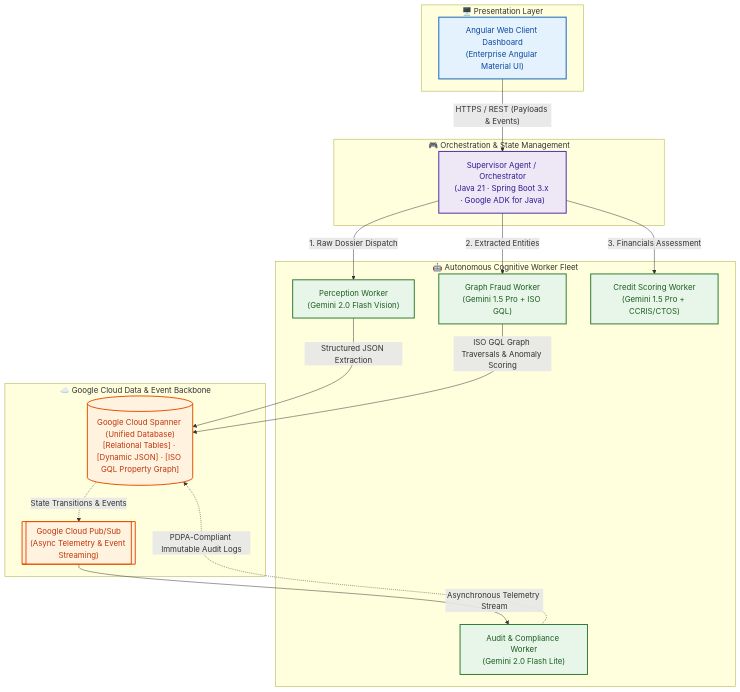
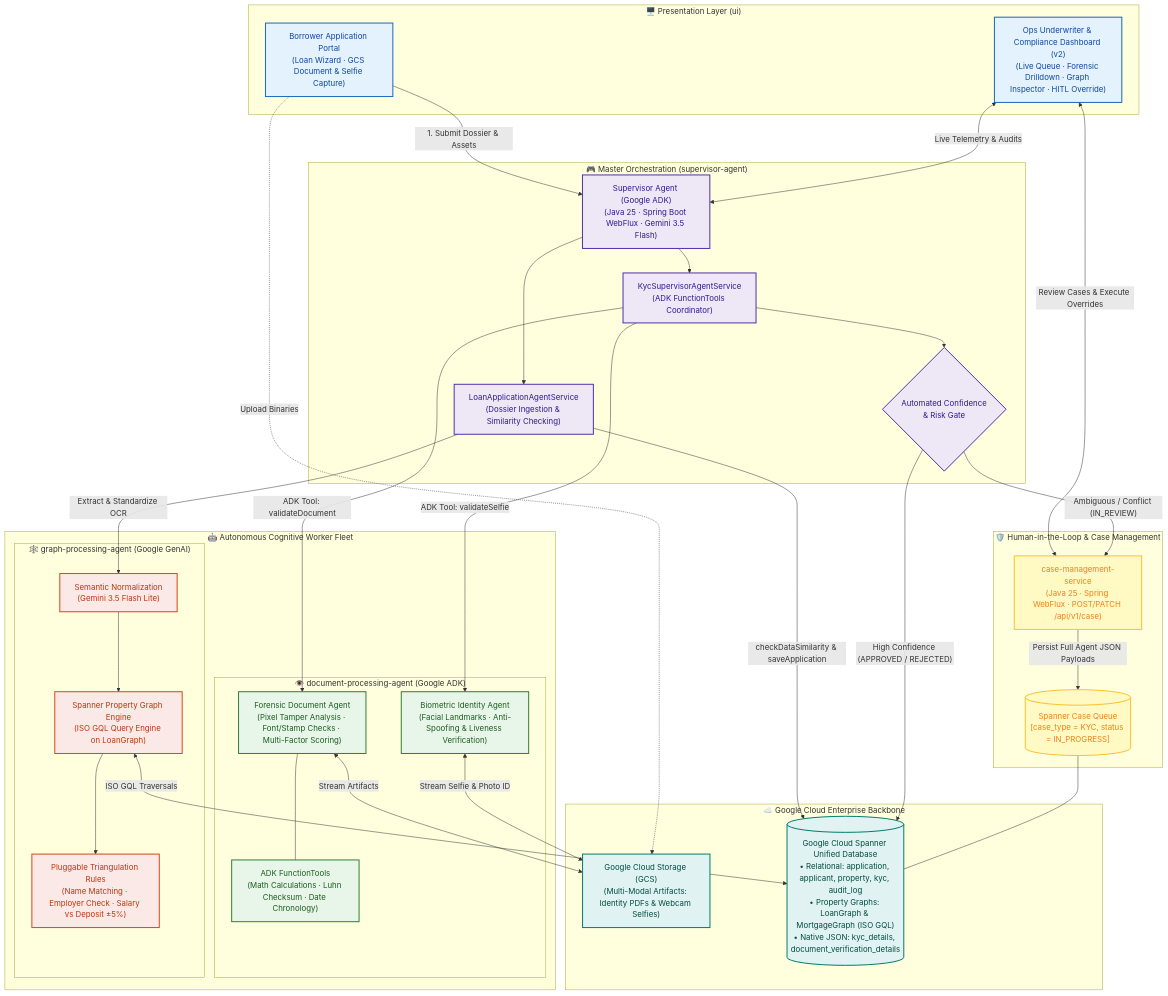
The first of 3 diagrams in profile/README.md (mltf-reborn/.github), drawn with Mermaid before and after one commit. The commit also changed other lines of this file, not shown here.

Commit message:
docs: update architecture overview, agent tech stack, and diagrams to reflect Java 25, WebFlux, and the updated multi-agent topology.

````diff
--- a/profile/README.md
+++ b/profile/README.md
@@ -75,44 +75,80 @@
 ```mermaid
 flowchart TD
-    subgraph ClientLayer["🖥️ Presentation Layer"]
-        UI["Angular Web Client Dashboard<br/>(Enterprise Angular Material UI)"]
+    subgraph ClientLayer["🖥️ Presentation Layer (ui)"]
+        BorrowerUI["Borrower Application Portal<br/>(Loan Wizard · GCS Document & Selfie Capture)"]
+        AdminUI["Ops Underwriter & Compliance Dashboard (v2)<br/>(Live Queue · Forensic Drilldown · Graph Inspector · HITL Override)"]
     end
 
-    subgraph OrchestrationLayer["🎮 Orchestration & State Management"]
-        Supervisor["Supervisor Agent / Orchestrator<br/>(Java 21 · Spring Boot 3.x · Google ADK for Java)"]
+    subgraph OrchestrationLayer["🎮 Master Orchestration (supervisor-agent)"]
+        Supervisor["Supervisor Agent (Google ADK)<br/>(Java 25 · Spring Boot WebFlux · Gemini 3.5 Flash)"]
+        LoanAppService["LoanApplicationAgentService<br/>(Dossier Ingestion & Similarity Checking)"]
+        KycSupervisor["KycSupervisorAgentService<br/>(ADK FunctionTools Coordinator)"]
+        DecisionEngine{"Automated Confidence<br/>& Risk Gate"}
     end
 
     subgraph WorkerFleet["🤖 Autonomous Cognitive Worker Fleet"]
-        Perception["Perception Worker<br/>(Gemini 2.0 Flash Vision)"]
-        GraphAgent["Graph Fraud Worker<br/>(Gemini 1.5 Pro + ISO GQL)"]
-        CreditAgent["Credit Scoring Worker<br/>(Gemini 1.5 Pro + CCRIS/CTOS)"]
-        AuditAgent["Audit & Compliance Worker<br/>(Gemini 2.0 Flash Lite)"]
+        subgraph DocWorker["👁️ document-processing-agent (Google ADK)"]
+            DocProc["Forensic Document Agent<br/>(Pixel Tamper Analysis · Font/Stamp Checks · Multi-Factor Scoring)"]
+            SelfieProc["Biometric Identity Agent<br/>(Facial Landmarks · Anti-Spoofing & Liveness Verification)"]
+            DocTools["ADK FunctionTools<br/>(Math Calculations · Luhn Checksum · Date Chronology)"]
+        end
+
+        subgraph GraphWorker["🕸️ graph-processing-agent (Google GenAI)"]
+            LLMNormalizer["Semantic Normalization<br/>(Gemini 3.5 Flash Lite)"]
+            SpannerGraph["Spanner Property Graph Engine<br/>(ISO GQL Query Engine on LoanGraph)"]
+            TriangulationRules["Pluggable Triangulation Rules<br/>(Name Matching · Employer Check · Salary vs Deposit ±5%)"]
+        end
     end
 
-    subgraph PersistenceLayer["☁️ Google Cloud Data & Event Backbone"]
-        Spanner[("Google Cloud Spanner (Unified Database)<br/>[Relational Tables] · [Dynamic JSON] · [ISO GQL Property Graph]")]
-        PubSub[["Google Cloud Pub/Sub<br/>(Async Telemetry & Event Streaming)"]]
+    subgraph HITLLayer["🛡️ Human-in-the-Loop & Case Management"]
+        CaseMgmt["case-management-service<br/>(Java 25 · Spring WebFlux · POST/PATCH /api/v1/case)"]
+        HITLQueue[("Spanner Case Queue<br/>[case_type = KYC, status = IN_PROGRESS]")]
     end
 
-    UI -->|"HTTPS / REST (Payloads & Events)"| Supervisor
-    Supervisor -->|"1. Raw Dossier Dispatch"| Perception
-    Supervisor -->|"2. Extracted Entities"| GraphAgent
-    Supervisor -->|"3. Financials Assessment"| CreditAgent
+    subgraph PersistenceLayer["☁️ Google Cloud Enterprise Backbone"]
+        GCS["Google Cloud Storage (GCS)<br/>(Multi-Modal Artifacts: Identity PDFs & Webcam Selfies)"]
+        SpannerDB[("Google Cloud Spanner Unified Database<br/>• Relational: application, applicant, property, kyc, audit_log<br/>• Property Graphs: LoanGraph & MortgageGraph (ISO GQL)<br/>• Native JSON: kyc_details, document_verification_details")]
+    end
 
-    Perception -->|"Structured JSON Extraction"| Spanner
-    GraphAgent -->|"ISO GQL Graph Traversals & Anomaly Scoring"| Spanner
+    BorrowerUI -->|"1. Submit Dossier & Assets"| Supervisor
+    BorrowerUI -.->|"Upload Binaries"| GCS
+    AdminUI <-->|"Review Cases & Execute Overrides"| CaseMgmt
+    AdminUI <-->|"Live Telemetry & Audits"| Supervisor
 
-    Spanner -.->|"State Transitions & Events"| PubSub
-    PubSub -->|"Asynchronous Telemetry Stream"| AuditAgent
-    AuditAgent -.->|"PDPA-Compliant Immutable Audit Logs"| Spanner
+    Supervisor --> LoanAppService
+    Supervisor --> KycSupervisor
+
+    KycSupervisor -->|"ADK Tool: validateDocument"| DocProc
+    KycSupervisor -->|"ADK Tool: validateSelfie"| SelfieProc
+    DocProc --- DocTools
+    DocProc <-->|"Stream Artifacts"| GCS
+    SelfieProc <-->|"Stream Selfie & Photo ID"| GCS
+
+    LoanAppService -->|"Extract & Standardize OCR"| LLMNormalizer
+    LLMNormalizer --> SpannerGraph
+    SpannerGraph --> TriangulationRules
+    SpannerGraph <-->|"ISO GQL Traversals"| SpannerDB
+
+    LoanAppService -->|"checkDataSimilarity & saveApplication"| SpannerDB
+    KycSupervisor --> DecisionEngine
+
+    DecisionEngine -->|"High Confidence (APPROVED / REJECTED)"| SpannerDB
+    DecisionEngine -->|"Ambiguous / Conflict (IN_REVIEW)"| CaseMgmt
+
+    CaseMgmt -->|"Persist Full Agent JSON Payloads"| HITLQueue
+    HITLQueue --- SpannerDB
 
     classDef uiClass fill:#E3F2FD,stroke:#1565C0,stroke-width:2px,color:#0D47A1;
     classDef orchClass fill:#EDE7F6,stroke:#512DA8,stroke-width:2px,color:#311B92;
-    classDef workerClass fill:#E8F5E9,stroke:#2E7D32,stroke-width:2px,color:#1B5E20;
-    classDef gcpClass fill:#FFF3E0,stroke:#E65100,stroke-width:2px,color:#BF360C;
+    classDef docClass fill:#E8F5E9,stroke:#2E7D32,stroke-width:2px,color:#1B5E20;
+    classDef graphClass fill:#FBE9E7,stroke:#D84315,stroke-width:2px,color:#BF360C;
+    classDef hitlClass fill:#FFF9C4,stroke:#FBC02D,stroke-width:2px,color:#F57F17;
+    classDef gcpClass fill:#E0F2F1,stroke:#00796B,stroke-width:2px,color:#004D40;
 
-    class UI uiClass;
-    class Supervisor orchClass;
-    class Perception,GraphAgent,CreditAgent,AuditAgent workerClass;
-    class Spanner,PubSub gcpClass;
+    class BorrowerUI,AdminUI uiClass;
+    class Supervisor,LoanAppService,KycSupervisor,DecisionEngine orchClass;
+    class DocProc,SelfieProc,DocTools docClass;
+    class LLMNormalizer,SpannerGraph,TriangulationRules graphClass;
+    class CaseMgmt,HITLQueue hitlClass;
+    class GCS,SpannerDB gcpClass;
 ```
````
